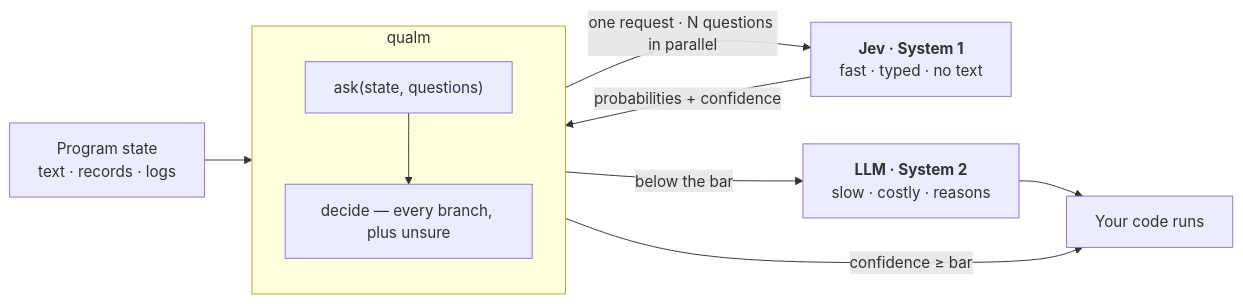
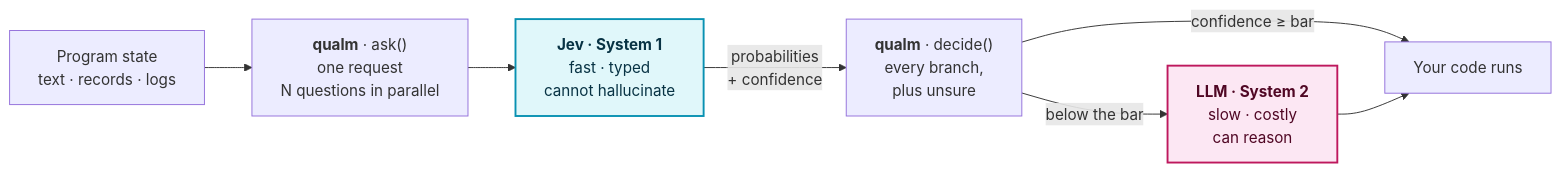
The first of 2 diagrams in README.md (qddegtya/qualm), drawn with Mermaid before and after one commit.

Commit message:
docs: redraw the architecture diagram as a linear flow
The subgraph around ask and decide forced edges to leave and re-enter it,
which mermaid laid out as crossing lines with the edge labels sitting on
top of the nodes. Rendering it locally showed the result was unreadable.

A flat left-to-right chain with a single branch at decide says the same
thing and lays out cleanly, and tinting System 1 and System 2 makes the
handover the thing the eye lands on. The tints are light fills with dark
text so they hold up in both GitHub themes.

````diff
--- a/README.md
+++ b/README.md
@@ -41,18 +41,20 @@
 ```mermaid
 flowchart LR
-    state["Program state<br/>text · records · logs"] --> ask
+    state["Program state<br/>text · records · logs"]
+    ask["<b>qualm</b> · ask()<br/>one request<br/>N questions in parallel"]
+    jev["<b>Jev · System 1</b><br/>fast · typed<br/>cannot hallucinate"]
+    decide["<b>qualm</b> · decide()<br/>every branch,<br/>plus unsure"]
+    code["Your code runs"]
+    llm["<b>LLM · System 2</b><br/>slow · costly<br/>can reason"]
 
-    subgraph qualm [" qualm "]
-        direction TB
-        ask["ask(state, questions)"]
-        decide["decide — every branch, plus unsure"]
-        ask --> decide
-    end
+    state --> ask --> jev
+    jev -->|"probabilities<br/>+ confidence"| decide
+    decide -->|"confidence ≥ bar"| code
+    decide -->|"below the bar"| llm
+    llm --> code
 
-    ask -->|"one request · N questions in parallel"| jev["<b>Jev · System 1</b><br/>fast · typed · no text"]
-    jev -->|"probabilities + confidence"| decide
-
-    decide -->|"confidence ≥ bar"| code["Your code runs"]
-    decide -->|"below the bar"| llm["<b>LLM · System 2</b><br/>slow · costly · reasons"]
-    llm --> code
+    classDef fast fill:#e0f7fa,stroke:#0891b2,stroke-width:2px,color:#083344
+    classDef slow fill:#fce7f3,stroke:#be185d,stroke-width:2px,color:#500724
+    class jev fast
+    class llm slow
 ```
````
